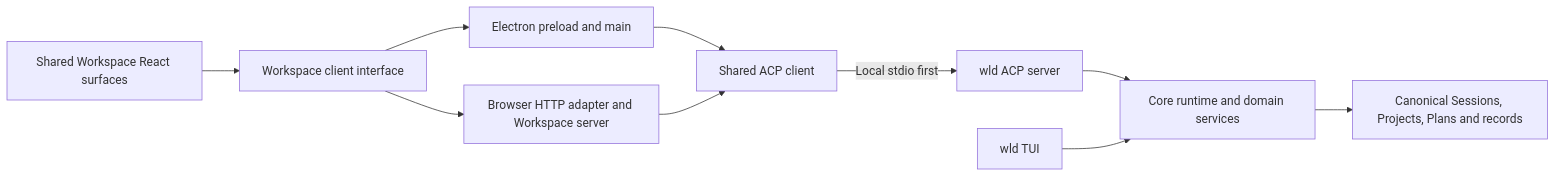
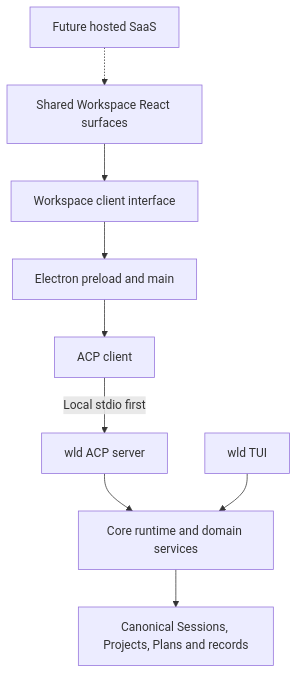
One commit to RunWield/runwield changed the diagram in docs/adr/020-electron-workspace-acp-client.md. Above: the diagram before and after it, drawn with Mermaid. The commit also changed other lines of this file and 1 other file, not shown here.

First line of the commit message:
Clarify local Workspace desktop scope

````diff
--- a/docs/adr/020-electron-workspace-acp-client.md
+++ b/docs/adr/020-electron-workspace-acp-client.md
@@ -36,12 +38,11 @@
 ```mermaid
-flowchart LR
-    UI[Shared Workspace React surfaces] --> Client[Workspace client interface]
+flowchart TD
+    Future[Future hosted SaaS] -.-> UI[Shared Workspace React surfaces]
+    UI --> Client[Workspace client interface]
     Client --> Desktop[Electron preload and main]
-    Client --> Web[Browser HTTP adapter and Workspace server]
-    Desktop --> ACP[Shared ACP client]
-    Web --> ACP
+    Desktop --> ACP[ACP client]
     ACP -->|Local stdio first| WLD[wld ACP server]
     WLD --> Core[Core runtime and domain services]
     TUI[wld TUI] --> Core
     Core --> State[Canonical Sessions, Projects, Plans and records]
 ```
````
